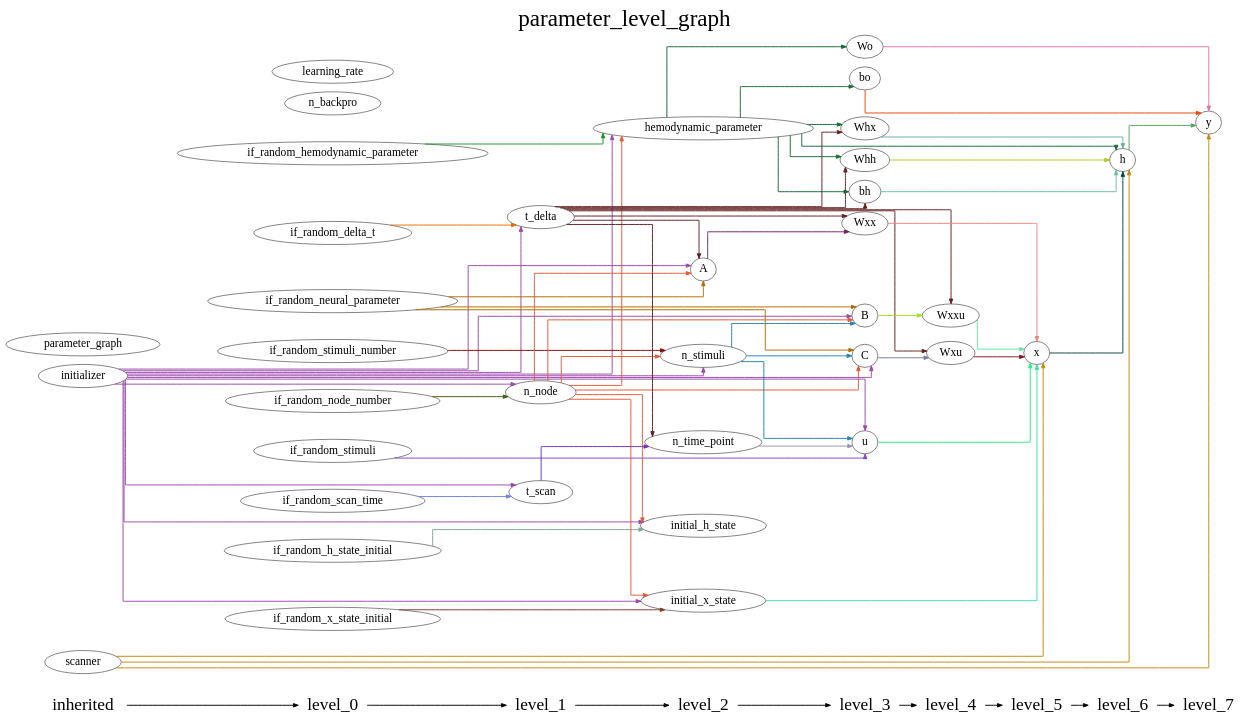
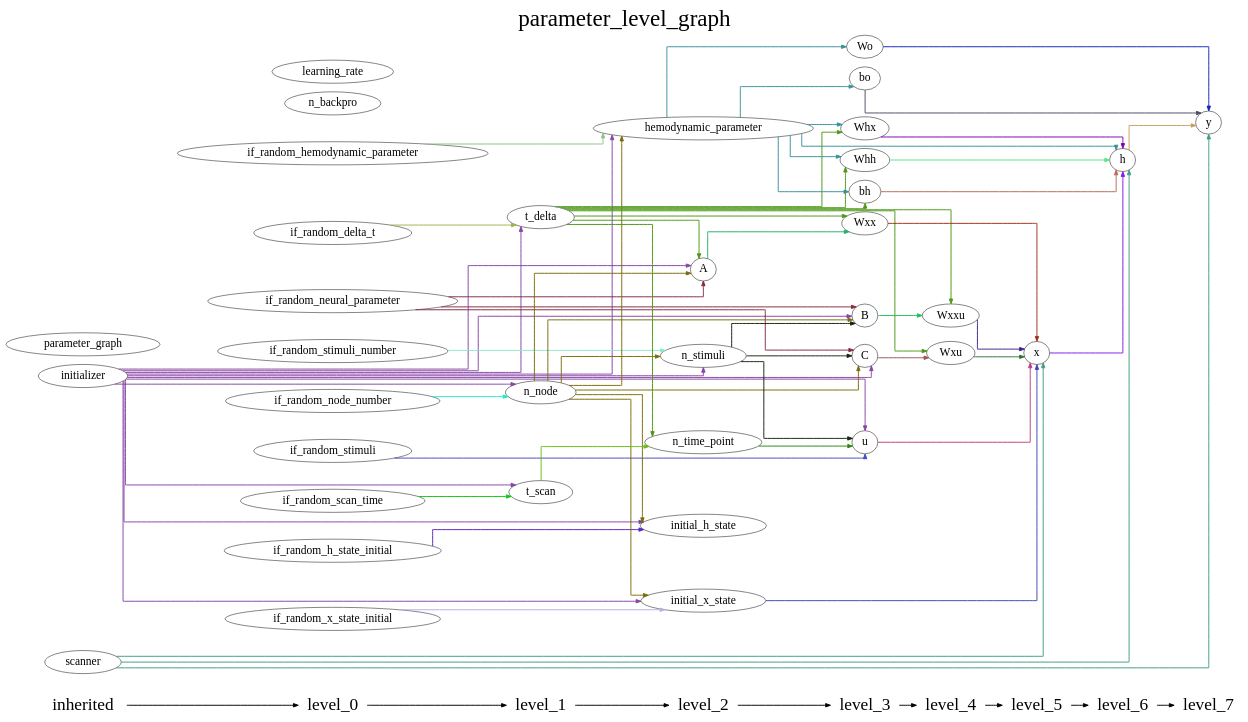
One commit to YuanWangOnward/DCM_RNN changed the diagram in DCM_RNN/documents/parameter_level_graph.gv. Above: the diagram before and after it, drawn with Graphviz. The commit also changed 4 other files, not shown here.

```diff
--- a/DCM_RNN/documents/parameter_level_graph.gv
+++ b/DCM_RNN/documents/parameter_level_graph.gv
@@ -1,156 +1,156 @@
 digraph G {
           splines=ortho;
           fontsize = 48;
           rankdir = "LR";
           node[fontsize=24];
           edge[penwidth=2];
           {
           node [shape=plaintext fontsize=36];
           inherited -> 
           level_0 -> 
           level_1 -> 
           level_2 -> 
           level_3 -> 
           level_4 -> 
           level_5 -> 
           level_6 -> 
           level_7
           }
           {rank = same;
           inherited;
           initializer;
           parameter_graph;
           scanner;
           }
           {rank = same;
           level_0;
           if_random_neural_parameter;
           if_random_hemodynamic_parameter;
           if_random_x_state_initial;
           if_random_h_state_initial;
           if_random_stimuli;
           if_random_node_number;
           if_random_stimuli_number;
           if_random_delta_t;
           if_random_scan_time;
           n_backpro;
           learning_rate;
           }
           {rank = same;
           level_1;
           n_node;
           t_delta;
           t_scan;
           }
           {rank = same;
           level_2;
           n_time_point;
           n_stimuli;
           A;
           hemodynamic_parameter;
           initial_x_state;
           initial_h_state;
           }
           {rank = same;
           level_3;
           u;
           B;
           C;
           Wxx;
           Whx;
           Whh;
           bh;
           Wo;
           bo;
           }
           {rank = same;
           level_4;
           Wxxu;
           Wxu;
           }
           {rank = same;
           level_5;
           x;
           }
           {rank = same;
           level_6;
           h;
           }
           {rank = same;
           level_7;
           y;
           }
-          u -> x [color="#27EB84"];
-          if_random_scan_time -> t_scan [color="#7481E4"];
-          if_random_neural_parameter -> B [color="#B06B01"];
-          if_random_neural_parameter -> A [color="#B06B01"];
-          if_random_neural_parameter -> C [color="#B06B01"];
-          if_random_node_number -> n_node [color="#415C10"];
-          Wxu -> x [color="#791624"];
+          if_random_h_state_initial -> initial_h_state [color="#5727C3"];
+          Wxu -> x [color="#357039"];
+          if_random_delta_t -> t_delta [color="#A3B149"];
+          x -> h [color="#841AEB"];
+          if_random_hemodynamic_parameter -> hemodynamic_parameter [color="#91C089"];
+          t_scan -> n_time_point [color="#69BC10"];
+          learning_rate ;
+          if_random_scan_time -> t_scan [color="#0CCC11"];
+          u -> x [color="#C23B80"];
+          Whh -> h [color="#58E680"];
+          bh -> h [color="#B66B52"];
+          B -> Wxxu [color="#17C15A"];
+          scanner -> x [color="#429C83"];
+          scanner -> y [color="#429C83"];
+          scanner -> h [color="#429C83"];
+          C -> Wxu [color="#9E5458"];
+          n_node -> B [color="#7B6C0A"];
+          n_node -> n_stimuli [color="#7B6C0A"];
+          n_node -> C [color="#7B6C0A"];
+          n_node -> initial_h_state [color="#7B6C0A"];
+          n_node -> A [color="#7B6C0A"];
+          n_node -> initial_x_state [color="#7B6C0A"];
+          n_node -> hemodynamic_parameter [color="#7B6C0A"];
+          Whx -> h [color="#7B03B1"];
+          h -> y [color="#C99B60"];
+          if_random_node_number -> n_node [color="#21EBC1"];
+          bo -> y [color="#4A4C68"];
+          Wxxu -> x [color="#3E2087"];
+          initial_x_state -> x [color="#4248B0"];
+          initializer -> B [color="#8744A6"];
+          initializer -> t_scan [color="#8744A6"];
+          initializer -> u [color="#8744A6"];
+          initializer -> n_stimuli [color="#8744A6"];
+          initializer -> C [color="#8744A6"];
+          initializer -> n_node [color="#8744A6"];
+          initializer -> initial_h_state [color="#8744A6"];
+          initializer -> A [color="#8744A6"];
+          initializer -> initial_x_state [color="#8744A6"];
+          initializer -> t_delta [color="#8744A6"];
+          initializer -> hemodynamic_parameter [color="#8744A6"];
+          initial_h_state ;
+          if_random_x_state_initial -> initial_x_state [color="#BEABE5"];
+          Wo -> y [color="#1326BB"];
+          if_random_stimuli_number -> n_stimuli [color="#8BE8CB"];
+          n_stimuli -> B [color="#142511"];
+          n_stimuli -> u [color="#142511"];
+          n_stimuli -> C [color="#142511"];
+          y ;
+          n_backpro ;
           parameter_graph ;
-          n_node -> initial_h_state [color="#E25836"];
-          n_node -> hemodynamic_parameter [color="#E25836"];
-          n_node -> B [color="#E25836"];
-          n_node -> initial_x_state [color="#E25836"];
-          n_node -> n_stimuli [color="#E25836"];
-          n_node -> A [color="#E25836"];
-          n_node -> C [color="#E25836"];
-          if_random_hemodynamic_parameter -> hemodynamic_parameter [color="#1B9629"];
-          n_time_point -> u [color="#9595B5"];
-          bo -> y [color="#EA4801"];
-          t_scan -> n_time_point [color="#6931B9"];
-          bh -> h [color="#65C0A4"];
-          hemodynamic_parameter -> bo [color="#166935"];
-          hemodynamic_parameter -> bh [color="#166935"];
-          hemodynamic_parameter -> Whh [color="#166935"];
-          hemodynamic_parameter -> h [color="#166935"];
-          hemodynamic_parameter -> Whx [color="#166935"];
-          hemodynamic_parameter -> Wo [color="#166935"];
-          if_random_stimuli -> u [color="#8347C2"];
-          x -> h [color="#0C4343"];
-          B -> Wxxu [color="#A0E212"];
-          initial_h_state ;
-          if_random_h_state_initial -> initial_h_state [color="#81A596"];
-          h -> y [color="#52A55C"];
-          Wo -> y [color="#E272A3"];
-          C -> Wxu [color="#7979A7"];
-          n_backpro ;
-          Wxxu -> x [color="#6AE3A1"];
-          initializer -> n_node [color="#9B49AC"];
-          initializer -> initial_h_state [color="#9B49AC"];
-          initializer -> t_scan [color="#9B49AC"];
-          initializer -> hemodynamic_parameter [color="#9B49AC"];
-          initializer -> B [color="#9B49AC"];
-          initializer -> initial_x_state [color="#9B49AC"];
-          initializer -> n_stimuli [color="#9B49AC"];
-          initializer -> A [color="#9B49AC"];
-          initializer -> u [color="#9B49AC"];
-          initializer -> t_delta [color="#9B49AC"];
-          initializer -> C [color="#9B49AC"];
-          if_random_stimuli_number -> n_stimuli [color="#870B0A"];
-          initial_x_state -> x [color="#3CE2A5"];
-          if_random_x_state_initial -> initial_x_state [color="#764229"];
-          n_stimuli -> B [color="#2284AC"];
-          n_stimuli -> u [color="#2284AC"];
-          n_stimuli -> C [color="#2284AC"];
-          Whx -> h [color="#68AEA1"];
-          A -> Wxx [color="#742461"];
-          Wxx -> x [color="#E8857B"];
-          learning_rate ;
-          if_random_delta_t -> t_delta [color="#E56E00"];
-          t_delta -> Wxu [color="#632022"];
-          t_delta -> n_time_point [color="#632022"];
-          t_delta -> bh [color="#632022"];
-          t_delta -> Wxx [color="#632022"];
-          t_delta -> Whh [color="#632022"];
-          t_delta -> Wxxu [color="#632022"];
-          t_delta -> Whx [color="#632022"];
-          t_delta -> A [color="#632022"];
-          Whh -> h [color="#ACC922"];
-          y ;
-          scanner -> x [color="#C28909"];
-          scanner -> h [color="#C28909"];
-          scanner -> y [color="#C28909"];
+          if_random_stimuli -> u [color="#434CC3"];
+          A -> Wxx [color="#20B067"];
+          Wxx -> x [color="#A32E17"];
+          n_time_point -> u [color="#288813"];
+          t_delta -> Wxx [color="#4C9814"];
+          t_delta -> bh [color="#4C9814"];
+          t_delta -> Wxu [color="#4C9814"];
+          t_delta -> Whx [color="#4C9814"];
+          t_delta -> A [color="#4C9814"];
+          t_delta -> Wxxu [color="#4C9814"];
+          t_delta -> n_time_point [color="#4C9814"];
+          t_delta -> Whh [color="#4C9814"];
+          if_random_neural_parameter -> B [color="#842B41"];
+          if_random_neural_parameter -> C [color="#842B41"];
+          if_random_neural_parameter -> A [color="#842B41"];
+          hemodynamic_parameter -> bh [color="#39919B"];
+          hemodynamic_parameter -> Wo [color="#39919B"];
+          hemodynamic_parameter -> Whx [color="#39919B"];
+          hemodynamic_parameter -> h [color="#39919B"];
+          hemodynamic_parameter -> bo [color="#39919B"];
+          hemodynamic_parameter -> Whh [color="#39919B"];
           labelloc = "t";
           label = "parameter_level_graph";
 }
```
